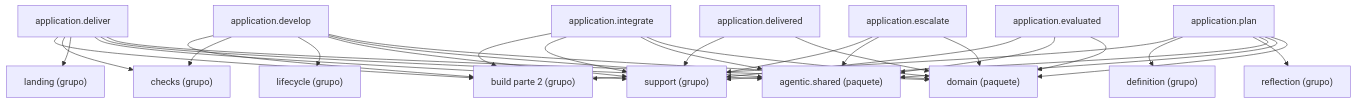
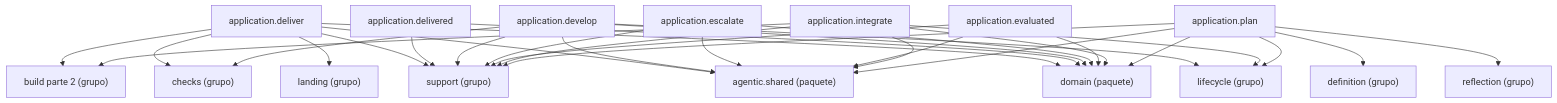
One commit to GonzaloZevallos/agentic-system changed the diagram in docs/architecture/generated/packages-process-application-build-1.md. Above: the diagram before and after it, drawn with Mermaid. The commit also changed 3 other files, not shown here.

First line of the commit message:
Move promotion to the lifecycle docs cluster so the build diagrams fit the budget again

````diff
--- a/docs/architecture/generated/packages-process-application-build-1.md
+++ b/docs/architecture/generated/packages-process-application-build-1.md
@@ -16,49 +16,49 @@
 ```mermaid
 graph TD
     g_application__build__2["build parte 2 (grupo)"]
     g_application__checks["checks (grupo)"]
     g_application__definition["definition (grupo)"]
     g_application__landing["landing (grupo)"]
     g_application__lifecycle["lifecycle (grupo)"]
     g_application__reflection["reflection (grupo)"]
     g_application__support["support (grupo)"]
     g_pkg__agentic__shared["agentic.shared (paquete)"]
     g_pkg__domain["domain (paquete)"]
     m_application__deliver["application.deliver"]
     m_application__delivered["application.delivered"]
     m_application__develop["application.develop"]
     m_application__escalate["application.escalate"]
     m_application__evaluated["application.evaluated"]
     m_application__integrate["application.integrate"]
     m_application__plan["application.plan"]
     m_application__deliver --> g_application__build__2
     m_application__deliver --> g_application__checks
     m_application__deliver --> g_application__landing
     m_application__deliver --> g_application__support
     m_application__deliver --> g_pkg__agentic__shared
     m_application__deliver --> g_pkg__domain
     m_application__delivered --> g_application__support
     m_application__delivered --> g_pkg__domain
-    m_application__develop --> g_application__build__2
     m_application__develop --> g_application__checks
     m_application__develop --> g_application__lifecycle
     m_application__develop --> g_application__support
     m_application__develop --> g_pkg__agentic__shared
     m_application__develop --> g_pkg__domain
     m_application__escalate --> g_application__support
     m_application__escalate --> g_pkg__agentic__shared
     m_application__escalate --> g_pkg__domain
     m_application__evaluated --> g_application__support
     m_application__evaluated --> g_pkg__agentic__shared
     m_application__evaluated --> g_pkg__domain
     m_application__integrate --> g_application__build__2
+    m_application__integrate --> g_application__lifecycle
     m_application__integrate --> g_application__support
     m_application__integrate --> g_pkg__agentic__shared
     m_application__integrate --> g_pkg__domain
-    m_application__plan --> g_application__build__2
     m_application__plan --> g_application__definition
+    m_application__plan --> g_application__lifecycle
     m_application__plan --> g_application__reflection
     m_application__plan --> g_application__support
     m_application__plan --> g_pkg__agentic__shared
     m_application__plan --> g_pkg__domain
 ```
````
